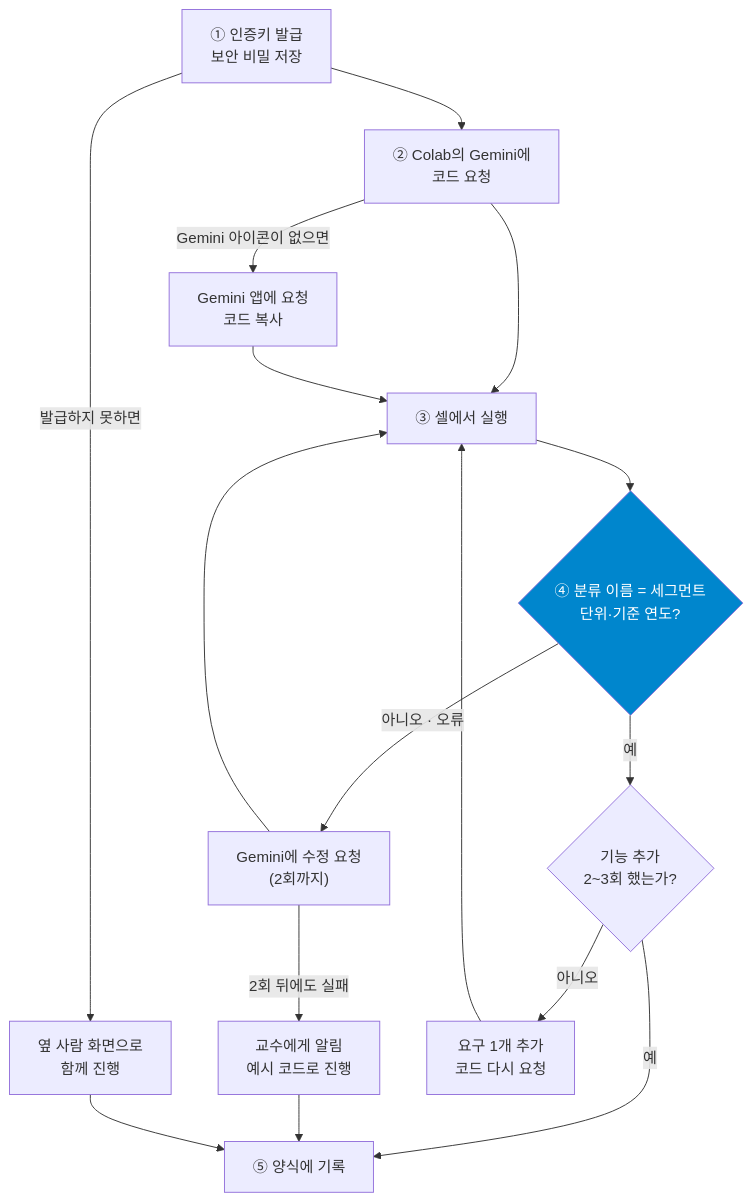
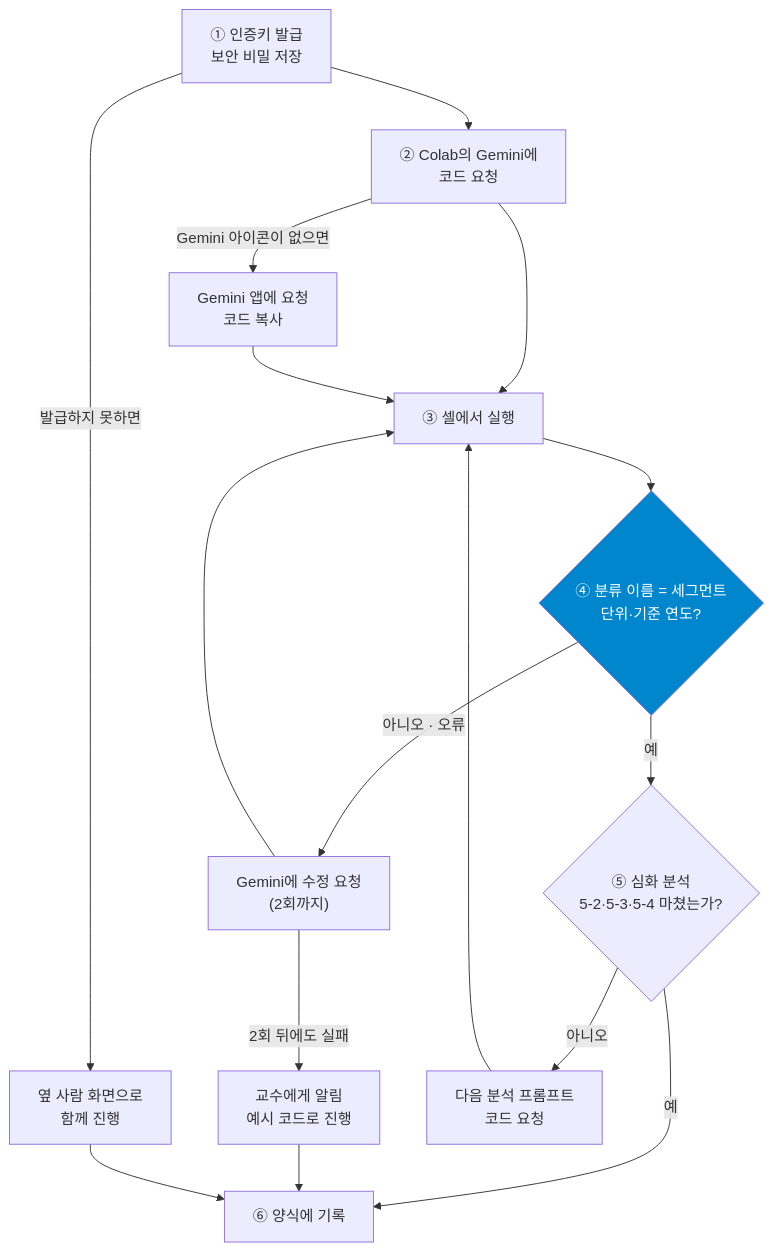
The diagram in Lectures/Week07_소비자와_페르소나.md (Daesung7723/AI-for-Business), drawn with Mermaid before and after one commit. The commit also changed other lines of this file and 1 other file, not shown here.

````diff
--- a/Lectures/Week07_소비자와_페르소나.md
+++ b/Lectures/Week07_소비자와_페르소나.md
@@ -582,19 +582,19 @@
 ```mermaid
 flowchart TD
     A["① 인증키 발급<br>보안 비밀 저장"] --> B["② Colab의 Gemini에<br>코드 요청"]
     A -- "발급하지 못하면" --> I["옆 사람 화면으로<br>함께 진행"]
     B -- "Gemini 아이콘이 없으면" --> H["Gemini 앱에 요청<br>코드 복사"]
     B --> C["③ 셀에서 실행"]
     H --> C
     C --> D{"④ 분류 이름 = 세그먼트<br>단위·기준 연도?"}
     D -- "아니오 · 오류" --> F["Gemini에 수정 요청<br>(2회까지)"]
     F --> C
     F -- "2회 뒤에도 실패" --> G["교수에게 알림<br>예시 코드로 진행"]
-    D -- 예 --> J{"기능 추가<br>2~3회 했는가?"}
-    J -- 아니오 --> K["요구 1개 추가<br>코드 다시 요청"]
+    D -- 예 --> J{"⑤ 심화 분석<br>5-2·5-3·5-4 마쳤는가?"}
+    J -- 아니오 --> K["다음 분석 프롬프트<br>코드 요청"]
     K --> C
-    J -- 예 --> E["⑤ 양식에 기록"]
+    J -- 예 --> E["⑥ 양식에 기록"]
     G --> E
     I --> E
     style D fill:#0086CD,color:#fff
 ```
````
